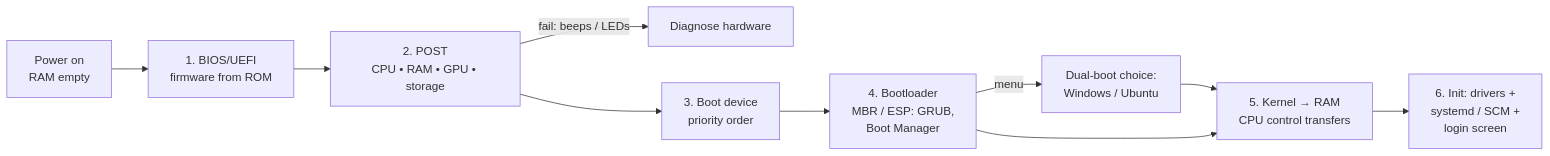
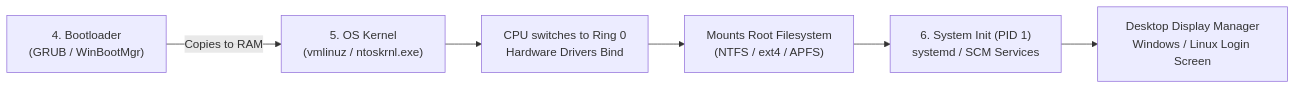
One commit to 1345AbhishekKumar/cs-cookbook changed the second of 3 diagrams in content/docs/computer-basics/it-support/16-boot-process-methods.mdx. Above: the diagram before and after it, drawn with Mermaid. The commit also changed other lines of this file and 299 other files, not shown here.

````diff
--- a/content/docs/computer-basics/it-support/16-boot-process-methods.mdx
+++ b/content/docs/computer-basics/it-support/16-boot-process-methods.mdx
@@ -93,12 +110,8 @@
 ```mermaid
 flowchart LR
-    PWR["Power on<br/>RAM empty"] --> FW["1. BIOS/UEFI<br/>firmware from ROM"]
-    FW --> POST["2. POST<br/>CPU • RAM • GPU • storage"]
-    POST -->|"fail: beeps / LEDs"| FIX1["Diagnose hardware"]
-    POST --> SEL["3. Boot device<br/>priority order"]
-    SEL --> BL["4. Bootloader<br/>MBR / ESP: GRUB,<br/>Boot Manager"]
-    BL -->|"menu"| DUAL["Dual-boot choice:<br/>Windows / Ubuntu"]
-    DUAL --> KERN["5. Kernel → RAM<br/>CPU control transfers"]
-    BL --> KERN
-    KERN --> INIT["6. Init: drivers +<br/>systemd / SCM +<br/>login screen"]
+    BL["4. Bootloader<br/>(GRUB / WinBootMgr)"] -->|Copies to RAM| KERN["5. OS Kernel<br/>(vmlinuz / ntoskrnl.exe)"]
+    KERN --> RING0["CPU switches to Ring 0<br/>Hardware Drivers Bind"]
+    RING0 --> ROOTFS["Mounts Root Filesystem<br/>(NTFS / ext4 / APFS)"]
+    ROOTFS --> PID1["6. System Init (PID 1)<br/>systemd / SCM Services"]
+    PID1 --> LOGIN["Desktop Display Manager<br/>Windows / Linux Login Screen"]
 ```
````
